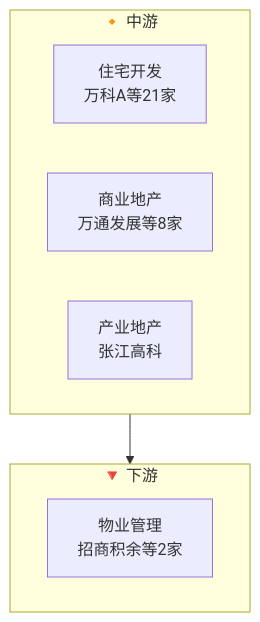
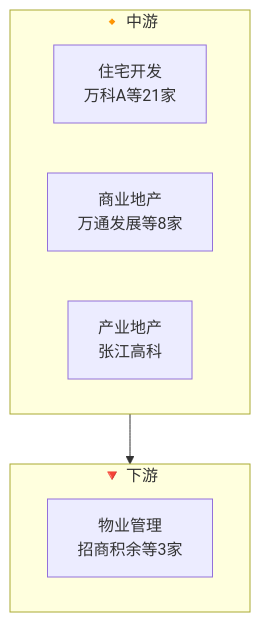
The diagram in industry/wiki/industries/房地产产业链.md (zhangbo1882/open-industry), drawn with Mermaid before and after one commit. The commit also changed other lines of this file and 9 other files, not shown here.

````diff
--- a/industry/wiki/industries/房地产产业链.md
+++ b/industry/wiki/industries/房地产产业链.md
@@ -17,12 +17,12 @@
 ```mermaid
 flowchart TB
     subgraph midstream["🔸 中游"]
         住宅开发["住宅开发<br/>万科A等21家"]
         商业地产["商业地产<br/>万通发展等8家"]
         产业地产["产业地产<br/>张江高科"]
     end
     subgraph downstream["🔻 下游"]
-        物业管理["物业管理<br/>招商积余等2家"]
+        物业管理["物业管理<br/>招商积余等3家"]
     end
     midstream --> downstream
 ```
````
